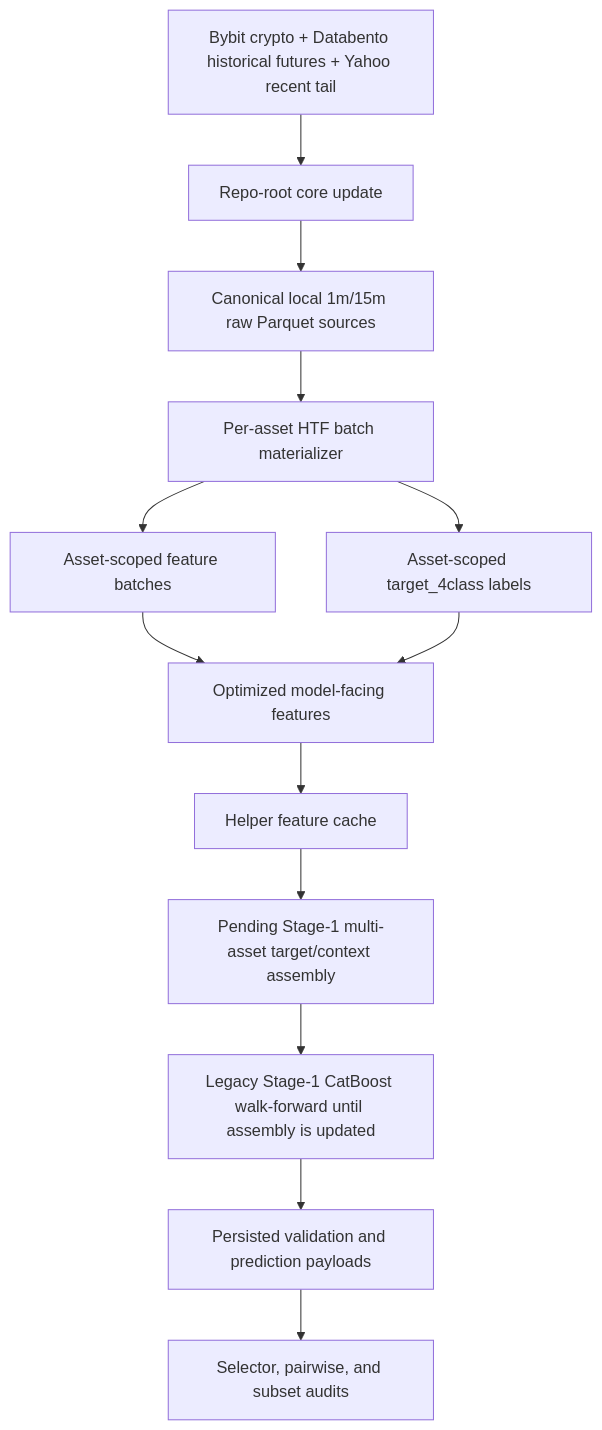
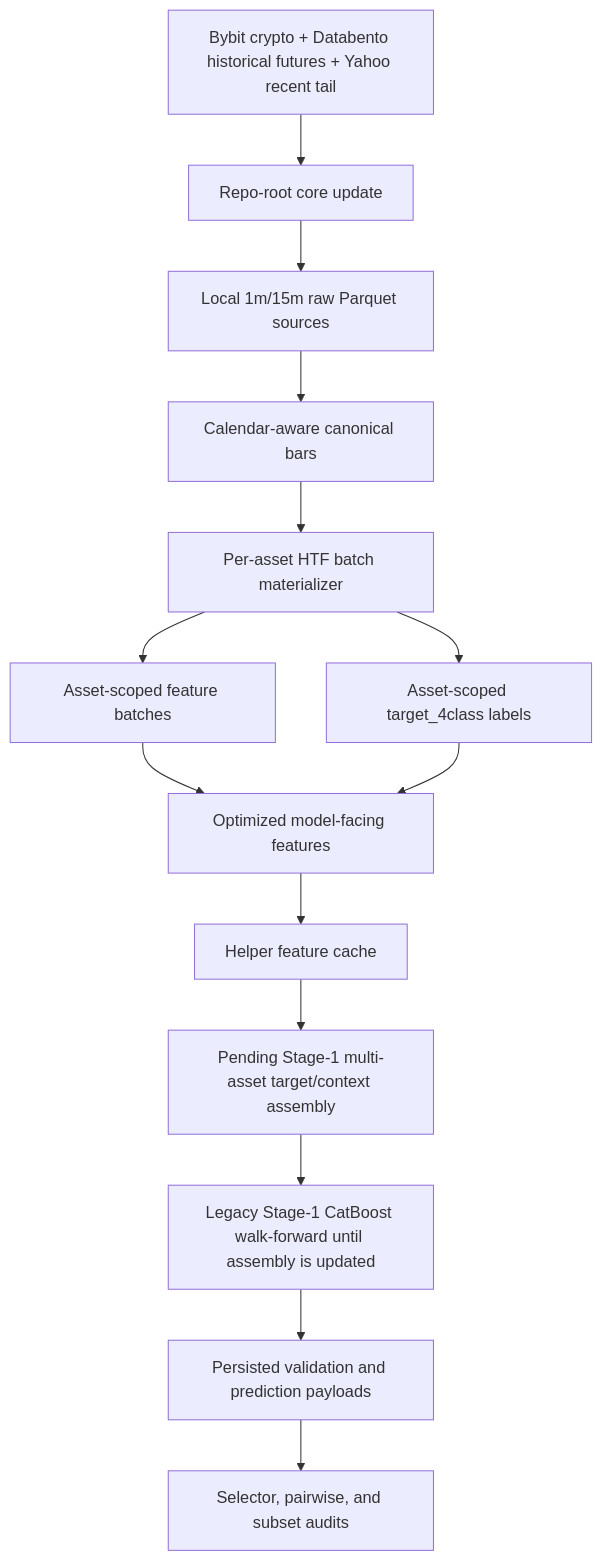
One commit to Pr3ez/RiskYieldMM changed the diagram in docs/architecture/htf-workflow-architecture.md. Above: the diagram before and after it, drawn with Mermaid. The commit also changed other lines of this file and 41 other files, not shown here.

Commit message:
Implement session-aware multi-asset HTF

````diff
--- a/docs/architecture/htf-workflow-architecture.md
+++ b/docs/architecture/htf-workflow-architecture.md
@@ -11,15 +11,16 @@
 ```mermaid
 flowchart TD
     A[Bybit crypto + Databento historical futures + Yahoo recent tail] --> B[Repo-root core update]
-    B --> C[Canonical local 1m/15m raw Parquet sources]
-    C --> D[Per-asset HTF batch materializer]
-    D --> E[Asset-scoped feature batches]
-    D --> F[Asset-scoped target_4class labels]
-    E --> G[Optimized model-facing features]
-    F --> G
-    G --> H[Helper feature cache]
-    H --> I[Pending Stage-1 multi-asset target/context assembly]
-    I --> J[Legacy Stage-1 CatBoost walk-forward until assembly is updated]
-    J --> K[Persisted validation and prediction payloads]
-    K --> L[Selector, pairwise, and subset audits]
+    B --> C[Local 1m/15m raw Parquet sources]
+    C --> D[Calendar-aware canonical bars]
+    D --> E[Per-asset HTF batch materializer]
+    E --> F[Asset-scoped feature batches]
+    E --> G[Asset-scoped target_4class labels]
+    F --> H[Optimized model-facing features]
+    G --> H
+    H --> I[Helper feature cache]
+    I --> J[Pending Stage-1 multi-asset target/context assembly]
+    J --> K[Legacy Stage-1 CatBoost walk-forward until assembly is updated]
+    K --> L[Persisted validation and prediction payloads]
+    L --> M[Selector, pairwise, and subset audits]
 ```
````
